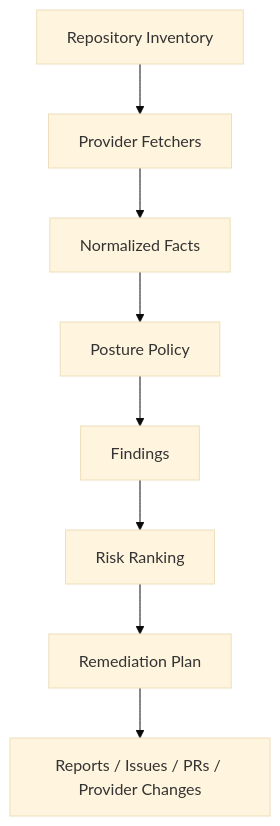
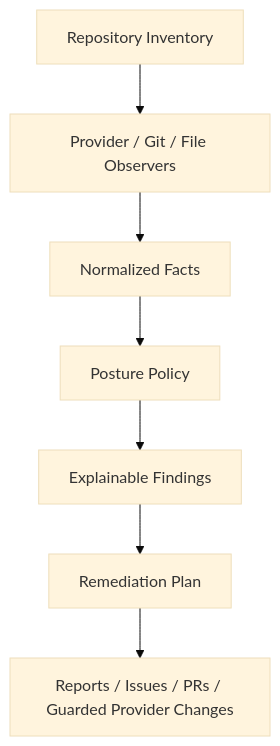
Before and after one commit to hackelia-micrantha/repora: the diagram in docs/posture.md, drawn with Mermaid (base theme). The commit also changed other lines of this file, not shown here.

Commit message:
reconcile posture architecture with mirror metadata facts

````diff
--- a/docs/posture.md
+++ b/docs/posture.md
@@ -58,10 +40,9 @@
 ```mermaid
 flowchart TD
-    Inventory[Repository Inventory] --> Fetchers[Provider Fetchers]
+    Inventory[Repository Inventory] --> Fetchers[Provider / Git / File Observers]
     Fetchers --> Facts[Normalized Facts]
     Facts --> Policy[Posture Policy]
-    Policy --> Findings[Findings]
-    Findings --> Risk[Risk Ranking]
-    Risk --> Plan[Remediation Plan]
-    Plan --> Outputs[Reports / Issues / PRs / Provider Changes]
+    Policy --> Findings[Explainable Findings]
+    Findings --> Plan[Remediation Plan]
+    Plan --> Outputs[Reports / Issues / PRs / Guarded Provider Changes]
 ```
````
